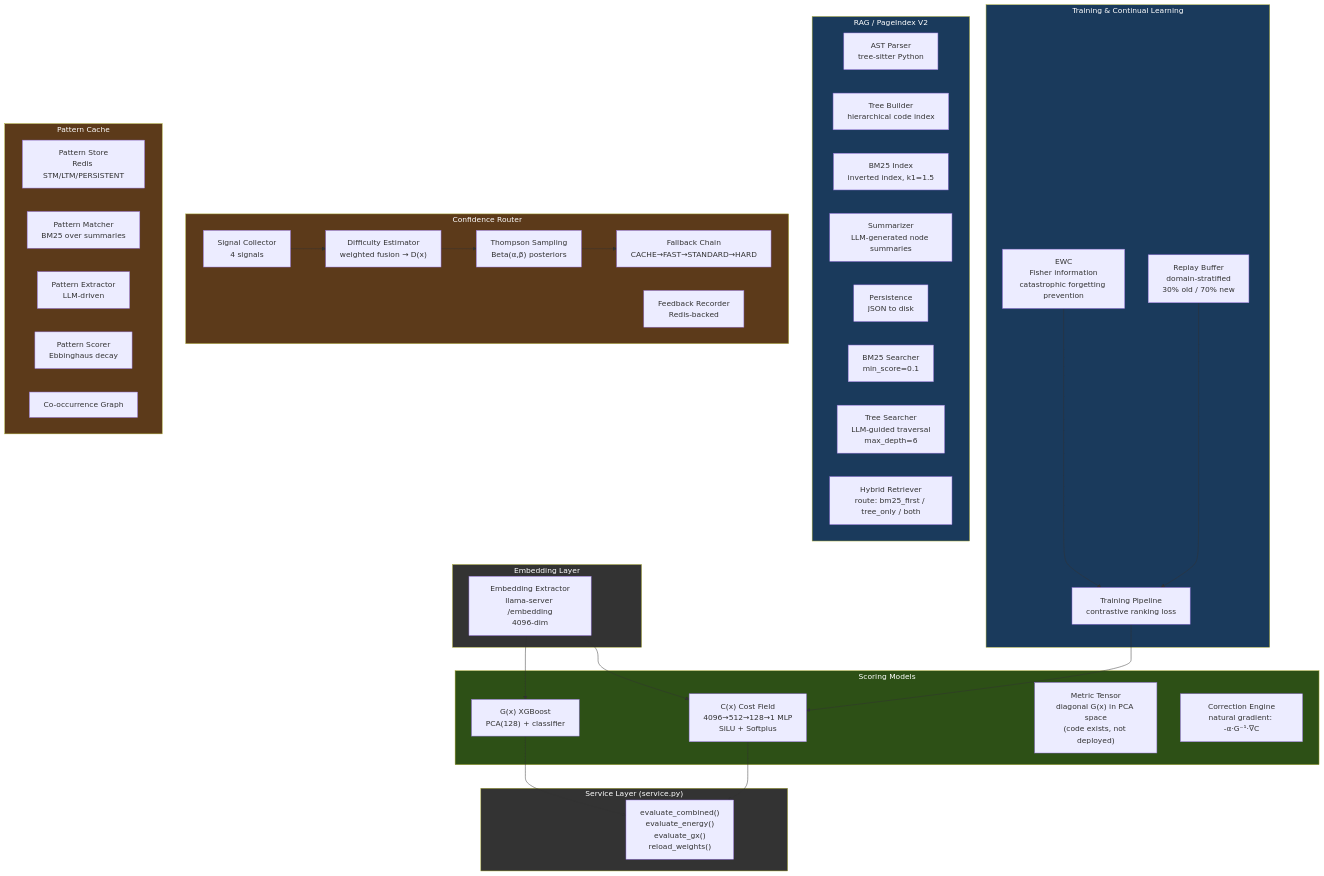
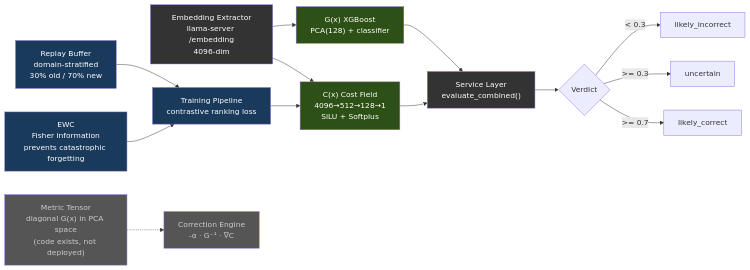
Before and after one commit to itigges22/ATLAS: the sixth of 13 diagrams in docs/ARCHITECTURE.md, drawn with Mermaid. The commit also changed other lines of this file, not shown here.

Commit message:
Refactor ARCHITECTURE.md: split mega-diagram into focused per-service diagrams, add sequence diagrams for data flow

````diff
--- a/docs/ARCHITECTURE.md
+++ b/docs/ARCHITECTURE.md
@@ -457,69 +362,27 @@
 ```mermaid
-graph TB
-    subgraph scoring["Scoring Models"]
-        CX["C(x) Cost Field\n4096→512→128→1 MLP\nSiLU + Softplus"]
-        GX["G(x) XGBoost\nPCA(128) + classifier"]
-        MT["Metric Tensor\ndiagonal G(x) in PCA space\n(code exists, not deployed)"]
-        CORR["Correction Engine\nnatural gradient: -α·G⁻¹·∇C"]
-    end
+graph LR
+    EE["Embedding Extractor\nllama-server /embedding\n4096-dim"] --> CX["C(x) Cost Field\n4096→512→128→1\nSiLU + Softplus"]
+    EE --> GX["G(x) XGBoost\nPCA(128) + classifier"]
+    CX --> SVC["Service Layer\nevaluate_combined()"]
+    GX --> SVC
+    SVC --> V{"Verdict"}
+    V -->|">= 0.7"| LC["likely_correct"]
+    V -->|">= 0.3"| UN["uncertain"]
+    V -->|"< 0.3"| LI["likely_incorrect"]
 
-    subgraph training["Training & Continual Learning"]
-        TR["Training Pipeline\ncontrastive ranking loss"]
-        EWC["EWC\nFisher information\ncatastrophic forgetting prevention"]
-        RB["Replay Buffer\ndomain-stratified\n30% old / 70% new"]
-    end
+    TR["Training Pipeline\ncontrastive ranking loss"] --> CX
+    EWC["EWC\nFisher information\nprevents catastrophic forgetting"] --> TR
+    RB["Replay Buffer\ndomain-stratified\n30% old / 70% new"] --> TR
 
-    subgraph embed["Embedding Layer"]
-        EE["Embedding Extractor\nllama-server /embedding\n4096-dim"]
-    end
+    MT["Metric Tensor\ndiagonal G(x) in PCA space\n(code exists, not deployed)"] -.-> CORR["Correction Engine\n-α · G⁻¹ · ∇C"]
 
-    subgraph retrieval["RAG / PageIndex V2"]
-        AST["AST Parser\ntree-sitter Python"]
-        TB2["Tree Builder\nhierarchical code index"]
-        BM25["BM25 Index\ninverted index, k1=1.5"]
-        SUM["Summarizer\nLLM-generated node summaries"]
-        PERS["Persistence\nJSON to disk"]
-        BM25S["BM25 Searcher\nmin_score=0.1"]
-        TreeS["Tree Searcher\nLLM-guided traversal\nmax_depth=6"]
-        HYB["Hybrid Retriever\nroute: bm25_first / tree_only / both"]
-    end
-
-    subgraph routing["Confidence Router"]
-        SIG["Signal Collector\n4 signals"]
-        DIFF["Difficulty Estimator\nweighted fusion → D(x)"]
-        TS["Thompson Sampling\nBeta(α,β) posteriors"]
-        FB["Feedback Recorder\nRedis-backed"]
-        FC["Fallback Chain\nCACHE→FAST→STANDARD→HARD"]
-    end
-
-    subgraph cache["Pattern Cache"]
-        PS2["Pattern Store\nRedis STM/LTM/PERSISTENT"]
-        PM["Pattern Matcher\nBM25 over summaries"]
-        PE["Pattern Extractor\nLLM-driven"]
-        PSC["Pattern Scorer\nEbbinghaus decay"]
-        COO["Co-occurrence Graph"]
-    end
-
-    subgraph service["Service Layer (service.py)"]
-        SVC["evaluate_combined()\nevaluate_energy()\nevaluate_gx()\nreload_weights()"]
-    end
-
-    EE --> CX
-    EE --> GX
-    CX --> SVC
-    GX --> SVC
-    TR --> CX
-    EWC --> TR
-    RB --> TR
-    SIG --> DIFF
-    DIFF --> TS
-    TS --> FC
-
-    style scoring fill:#2d5016,color:#fff
-    style training fill:#1a3a5c,color:#fff
-    style embed fill:#333,color:#fff
-    style retrieval fill:#1a3a5c,color:#fff
-    style routing fill:#5c3a1a,color:#fff
-    style cache fill:#5c3a1a,color:#fff
-    style service fill:#333,color:#fff
+    style EE fill:#333,color:#fff
+    style CX fill:#2d5016,color:#fff
+    style GX fill:#2d5016,color:#fff
+    style SVC fill:#333,color:#fff
+    style TR fill:#1a3a5c,color:#fff
+    style EWC fill:#1a3a5c,color:#fff
+    style RB fill:#1a3a5c,color:#fff
+    style MT fill:#555,color:#ccc
+    style CORR fill:#555,color:#ccc
 ```
````
